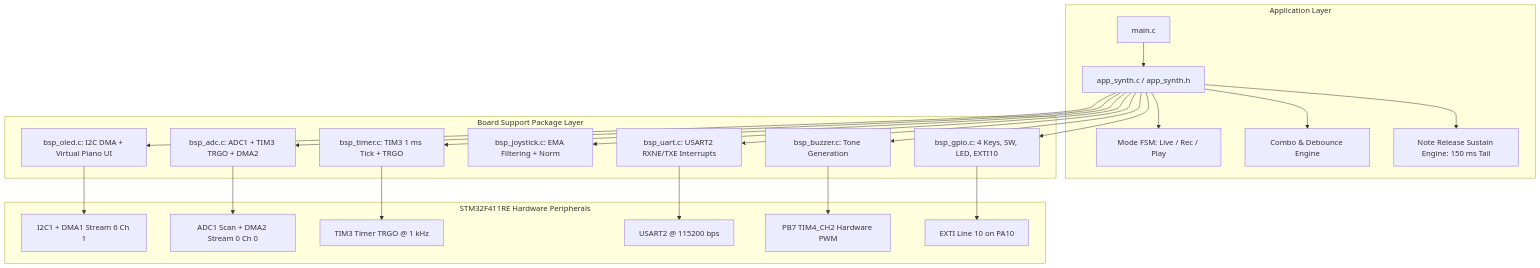
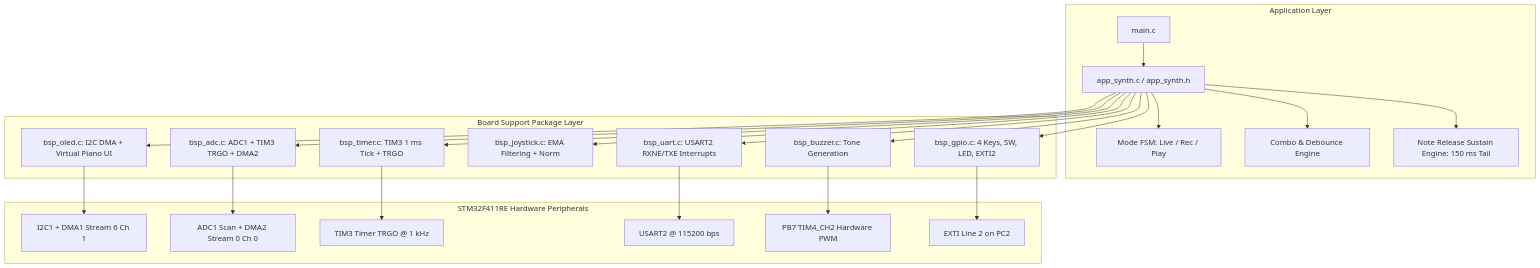
Before and after one commit to peerapas-sr/STM32f411-synthesizer: the diagram in PROJECT_STRUCTURE.md, drawn with Mermaid. The commit also changed other lines of this file and 7 other files, not shown here.

````diff
--- a/PROJECT_STRUCTURE.md
+++ b/PROJECT_STRUCTURE.md
@@ -16,28 +16,28 @@
 ```mermaid
 graph TD
     subgraph APP [Application Layer]
         Main[main.c] --> AppSynth[app_synth.c / app_synth.h]
         AppSynth --> SequencerFSM[Mode FSM: Live / Rec / Play]
         AppSynth --> KeyCombos[Combo & Debounce Engine]
         AppSynth --> SustainEngine[Note Release Sustain Engine: 150 ms Tail]
     end
 
     subgraph BSP [Board Support Package Layer]
         AppSynth --> BSP_OLED[bsp_oled.c: I2C DMA + Virtual Piano UI]
         AppSynth --> BSP_ADC[bsp_adc.c: ADC1 + TIM3 TRGO + DMA2]
         AppSynth --> BSP_BUZZER[bsp_buzzer.c: Tone Generation]
         AppSynth --> BSP_JOY[bsp_joystick.c: EMA Filtering + Norm]
         AppSynth --> BSP_UART[bsp_uart.c: USART2 RXNE/TXE Interrupts]
-        AppSynth --> BSP_GPIO[bsp_gpio.c: 4 Keys, SW, LED, EXTI10]
+        AppSynth --> BSP_GPIO[bsp_gpio.c: 4 Keys, SW, LED, EXTI2]
         AppSynth --> BSP_TIMER[bsp_timer.c: TIM3 1 ms Tick + TRGO]
     end
 
     subgraph HW [STM32F411RE Hardware Peripherals]
         BSP_OLED --> I2C1_DMA1[I2C1 + DMA1 Stream 6 Ch 1]
         BSP_ADC --> ADC1_DMA2[ADC1 Scan + DMA2 Stream 0 Ch 0]
         BSP_TIMER --> TIM3[TIM3 Timer TRGO @ 1 kHz]
         BSP_UART --> USART2[USART2 @ 115200 bps]
         BSP_BUZZER --> TIM4_CH2[PB7 TIM4_CH2 Hardware PWM]
-        BSP_GPIO --> EXTI10[EXTI Line 10 on PA10]
+        BSP_GPIO --> EXTI2[EXTI Line 2 on PC2]
     end
 ```
````
